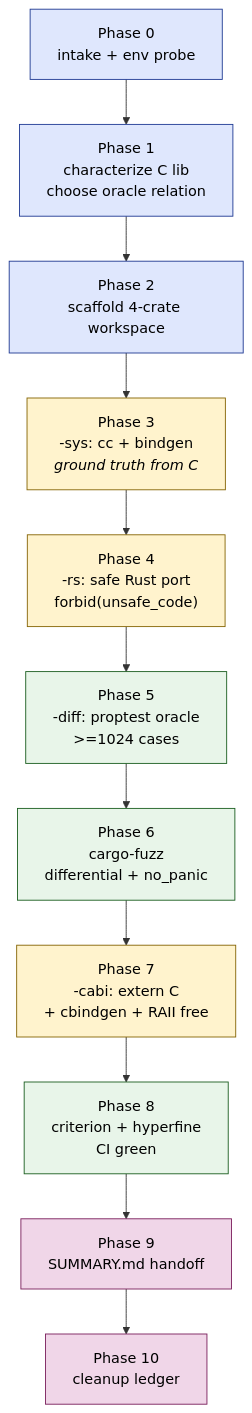
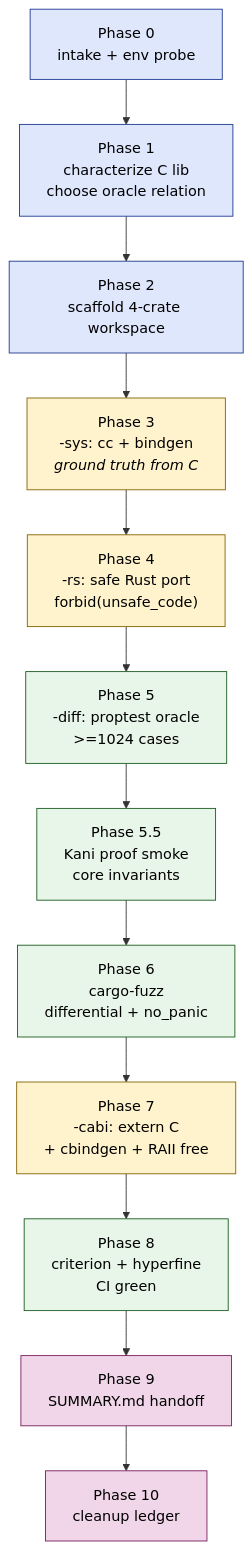
Before and after one commit to oandronachi/agentic-c2rust: the diagram in playbook/c-to-rust-migration-playbook.md, drawn with Mermaid. The commit also changed other lines of this file and 180 other files, not shown here.

````diff
--- a/playbook/c-to-rust-migration-playbook.md
+++ b/playbook/c-to-rust-migration-playbook.md
@@ -14,22 +14,23 @@
 ```mermaid
 flowchart TD
     P0["Phase 0<br/>intake + env probe"] --> P1["Phase 1<br/>characterize C lib<br/>choose oracle relation"]
     P1 --> P2["Phase 2<br/>scaffold 4-crate workspace"]
     P2 --> P3["Phase 3<br/>-sys: cc + bindgen<br/><i>ground truth from C</i>"]
     P3 --> P4["Phase 4<br/>-rs: safe Rust port<br/>forbid(unsafe_code)"]
     P4 --> P5["Phase 5<br/>-diff: proptest oracle<br/>>=1024 cases"]
-    P5 --> P6["Phase 6<br/>cargo-fuzz<br/>differential + no_panic"]
+    P5 --> P5K["Phase 5.5<br/>Kani proof smoke<br/>core invariants"]
+    P5K --> P6["Phase 6<br/>cargo-fuzz<br/>differential + no_panic"]
     P6 --> P7["Phase 7<br/>-cabi: extern C<br/>+ cbindgen + RAII free"]
     P7 --> P8["Phase 8<br/>criterion + hyperfine<br/>CI green"]
     P8 --> P9["Phase 9<br/>SUMMARY.md handoff"]
     P9 --> P10["Phase 10<br/>cleanup ledger"]
 
     classDef setup fill:#dfe7fd,stroke:#1f3a93,color:#000
     classDef build fill:#fff3cd,stroke:#856404,color:#000
     classDef verify fill:#e8f5e9,stroke:#1b5e20,color:#000
     classDef ship fill:#f0d6e8,stroke:#7a1f5c,color:#000
     class P0,P1,P2 setup
     class P3,P4,P7 build
-    class P5,P6,P8 verify
+    class P5,P5K,P6,P8 verify
     class P9,P10 ship
 ```
````
